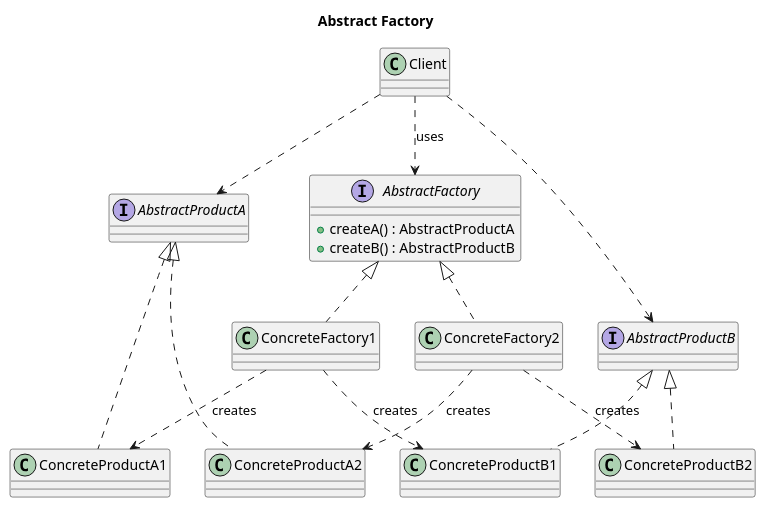
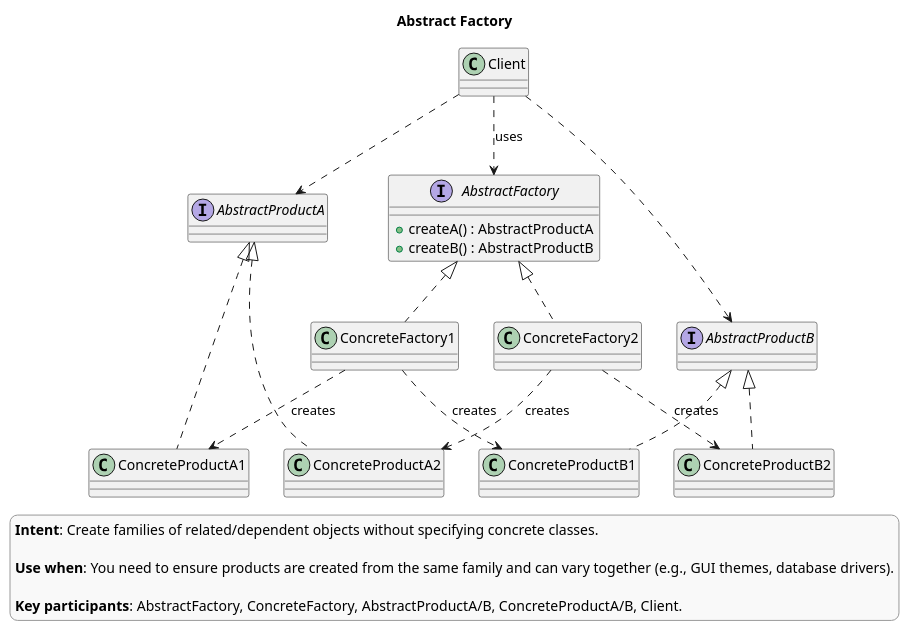
One commit to AkselErenberk/design-patterns changed the diagram in theory/creational/abstract_factory/class.puml. Above: the diagram before and after it, drawn with PlantUML. The commit also changed 26 other files, not shown here.

Commit message:
design pattern class diagrams

```diff
--- a/theory/creational/abstract_factory/class.puml
+++ b/theory/creational/abstract_factory/class.puml
@@ -1,37 +1,49 @@
 @startuml
 title Abstract Factory
+
+skinparam legendBackgroundColor #f9f9f9
+skinparam legendBorderColor #999999
+
+legend right
+**Intent**: Create families of related/dependent objects without specifying concrete classes.
+
+**Use when**: You need to ensure products are created from the same family and can vary together (e.g., GUI themes, database drivers).
+
+**Key participants**: AbstractFactory, ConcreteFactory, AbstractProductA/B, ConcreteProductA/B, Client.
+endlegend
+
 
 interface AbstractProductA
 interface AbstractProductB
 
 interface AbstractFactory {
   +createA() : AbstractProductA
   +createB() : AbstractProductB
 }
 
 class ConcreteFactory1
 class ConcreteFactory2
 
 class ConcreteProductA1
 class ConcreteProductB1
 class ConcreteProductA2
 class ConcreteProductB2
 
 AbstractFactory <|.. ConcreteFactory1
 AbstractFactory <|.. ConcreteFactory2
 
 AbstractProductA <|.. ConcreteProductA1
 AbstractProductA <|.. ConcreteProductA2
 AbstractProductB <|.. ConcreteProductB1
 AbstractProductB <|.. ConcreteProductB2
 
 ConcreteFactory1 ..> ConcreteProductA1 : creates
 ConcreteFactory1 ..> ConcreteProductB1 : creates
 ConcreteFactory2 ..> ConcreteProductA2 : creates
 ConcreteFactory2 ..> ConcreteProductB2 : creates
 
 class Client
 Client ..> AbstractFactory : uses
 Client ..> AbstractProductA
 Client ..> AbstractProductB
 @enduml
```
